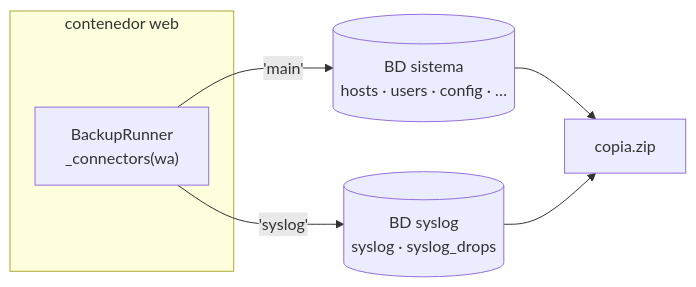
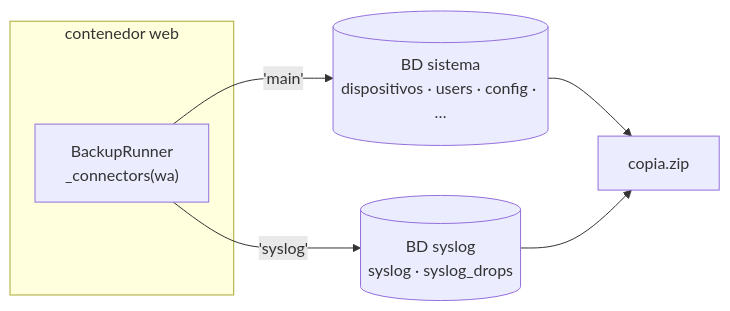
One commit to vsc55/ServiceSentry changed the second of 10 diagrams in docs/explica-backup.md. Above: the diagram before and after it, drawn with Mermaid. The commit also changed other lines of this file and 314 other files, not shown here.

````diff
--- a/docs/explica-backup.md
+++ b/docs/explica-backup.md
@@ -190,10 +190,10 @@
 ```mermaid
 flowchart LR
     subgraph web["contenedor web"]
       runner["BackupRunner<br/>_connectors(wa)"]
     end
-    runner -->|"'main'"| maindb[("BD sistema<br/>hosts · users · config · …")]
+    runner -->|"'main'"| maindb[("BD sistema<br/>dispositivos · users · config · …")]
     runner -->|"'syslog'"| sysdb[("BD syslog<br/>syslog · syslog_drops")]
     maindb --> zip["copia.zip"]
     sysdb --> zip
 ```
````
